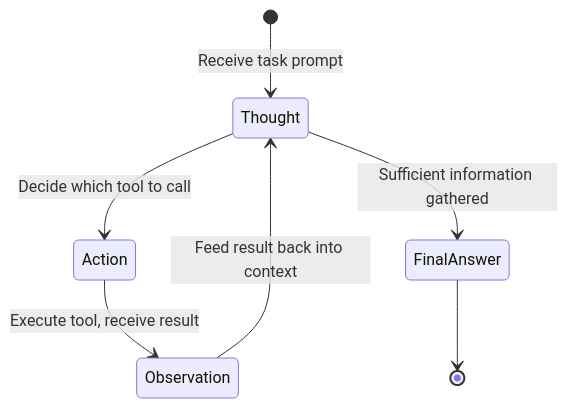
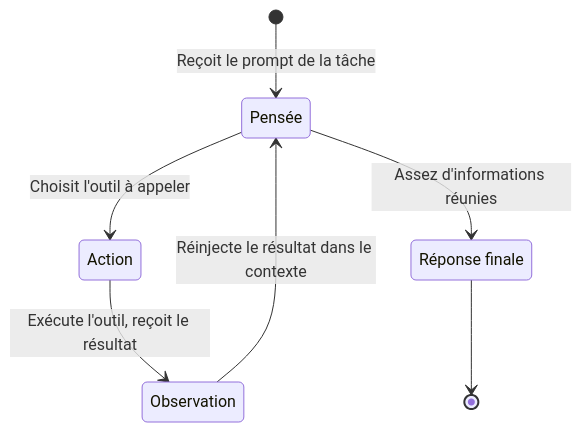
Before and after one commit to carlitoetienne01-spec/Diapason: the diagram in docs/tutorials/code-companion.md, drawn with Mermaid. The commit also changed other lines of this file and 257 other files, not shown here.

````diff
--- a/docs/tutorials/code-companion.md
+++ b/docs/tutorials/code-companion.md
@@ -30,9 +30,14 @@
 ```mermaid
 stateDiagram-v2
-    [*] --> Thought: Receive task prompt
-    Thought --> Action: Decide which tool to call
-    Action --> Observation: Execute tool, receive result
-    Observation --> Thought: Feed result back into context
-    Thought --> FinalAnswer: Sufficient information gathered
+    state "Pensée" as Thought
+    state "Action" as Action
+    state "Observation" as Observation
+    state "Réponse finale" as FinalAnswer
+
+    [*] --> Thought: Reçoit le prompt de la tâche
+    Thought --> Action: Choisit l'outil à appeler
+    Action --> Observation: Exécute l'outil, reçoit le résultat
+    Observation --> Thought: Réinjecte le résultat dans le contexte
+    Thought --> FinalAnswer: Assez d'informations réunies
     FinalAnswer --> [*]
 ```
````
